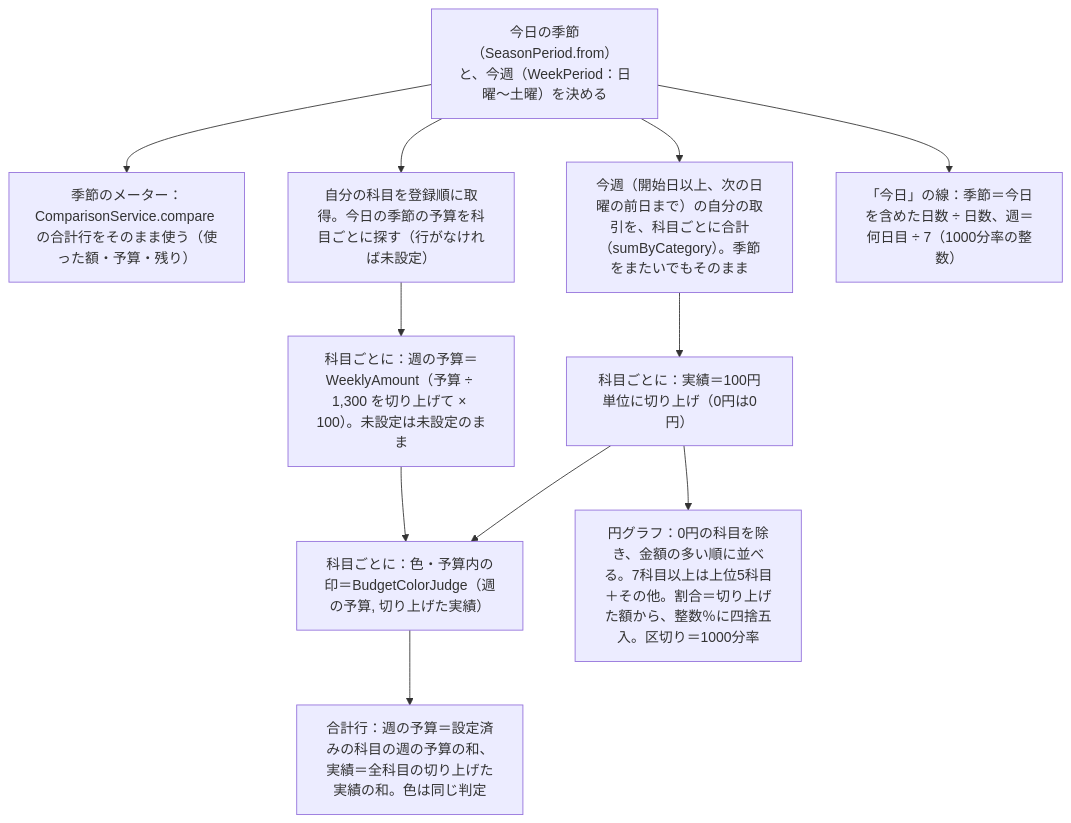
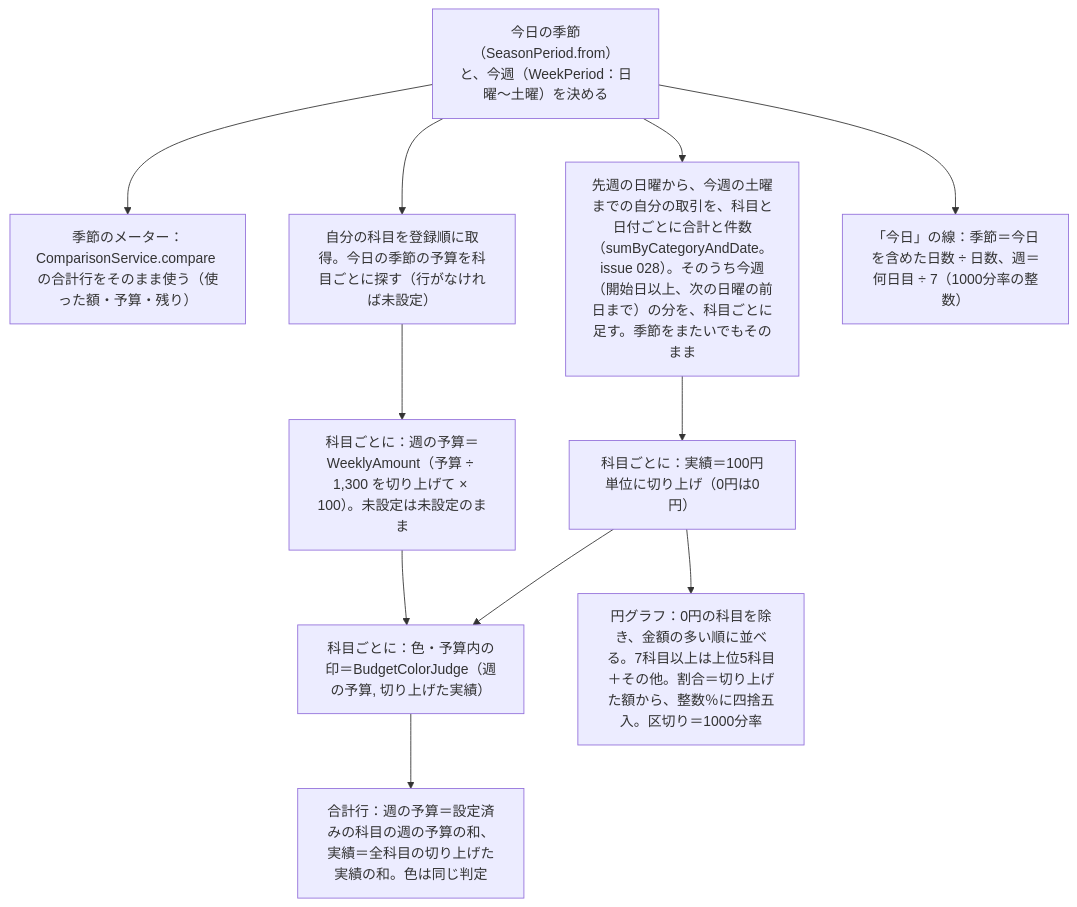
Before and after one commit to yutaro081/HouseholdBudget-SpringBoot: diagram 14 of 17 in docs/reviews/design.md, drawn with Mermaid. The commit also changed other lines of this file and 8 other files, not shown here.

````diff
--- a/docs/reviews/design.md
+++ b/docs/reviews/design.md
@@ -1427,13 +1429,13 @@
 ```mermaid
 flowchart TD
     A["今日の季節（SeasonPeriod.from）と、今週（WeekPeriod：日曜〜土曜）を決める"] --> B["季節のメーター：ComparisonService.compare の合計行をそのまま使う（使った額・予算・残り）"]
     A --> C["自分の科目を登録順に取得。今日の季節の予算を科目ごとに探す（行がなければ未設定）"]
-    A --> D["今週（開始日以上、次の日曜の前日まで）の自分の取引を、科目ごとに合計（sumByCategory）。季節をまたいでもそのまま"]
+    A --> D["先週の日曜から、今週の土曜までの自分の取引を、科目と日付ごとに合計と件数（sumByCategoryAndDate。issue 028）。そのうち今週（開始日以上、次の日曜の前日まで）の分を、科目ごとに足す。季節をまたいでもそのまま"]
     C --> E["科目ごとに：週の予算＝WeeklyAmount（予算 ÷ 1,300 を切り上げて × 100）。未設定は未設定のまま"]
     D --> F["科目ごとに：実績＝100円単位に切り上げ（0円は0円）"]
     E --> G["科目ごとに：色・予算内の印＝BudgetColorJudge（週の予算, 切り上げた実績）"]
     F --> G
     G --> H["合計行：週の予算＝設定済みの科目の週の予算の和、実績＝全科目の切り上げた実績の和。色は同じ判定"]
     F --> I["円グラフ：0円の科目を除き、金額の多い順に並べる。7科目以上は上位5科目＋その他。割合＝切り上げた額から、整数％に四捨五入。区切り＝1000分率"]
     A --> J["「今日」の線：季節＝今日を含めた日数 ÷ 日数、週＝何日目 ÷ 7（1000分率の整数）"]
 ```
````
